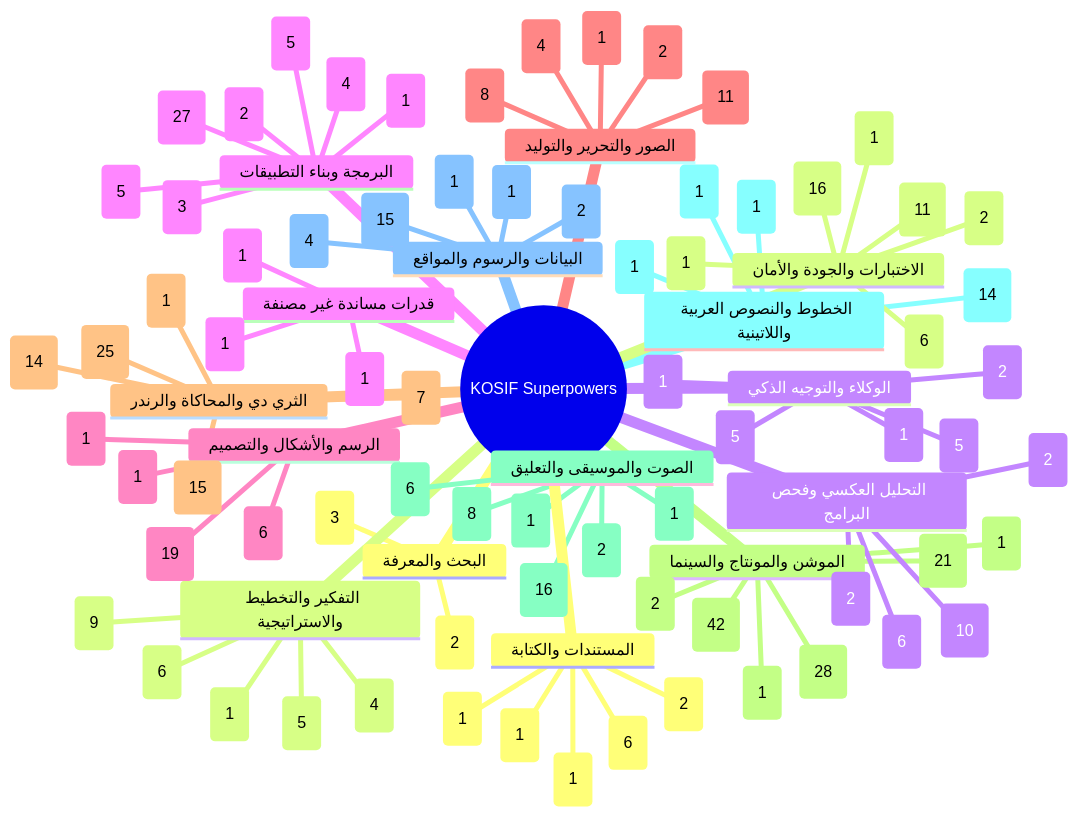
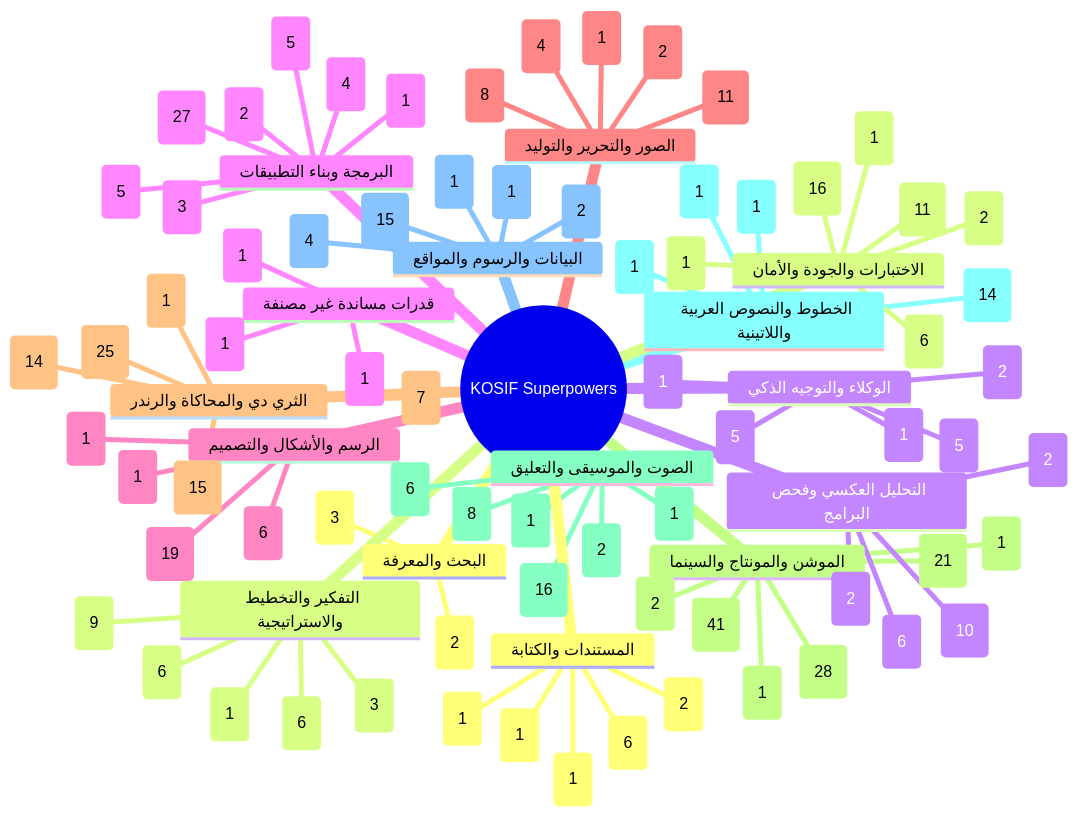
The first of 13 diagrams in .claude/skills/kosif-superpowers/references/capability-mindmap.md (kosif199022-jpg/kosif-tool), drawn with Mermaid before and after one commit. The commit also changed other lines of this file and 25 other files, not shown here.

```diff
--- a/.claude/skills/kosif-superpowers/references/capability-mindmap.md
+++ b/.claude/skills/kosif-superpowers/references/capability-mindmap.md
@@ -33,11 +33,11 @@
       افهم المادة (3)
       اصنع (2)
     التفكير والتخطيط والاستراتيجية
-      افهم المادة (4)
+      افهم المادة (3)
       خطّط وقرّر (9)
       اصنع (6)
       جمّع وارندر (1)
-      تحقّق (5)
+      تحقّق (6)
     الوكلاء والتوجيه الذكي
       افهم المادة (5)
       خطّط وقرّر (1)
@@ -72,7 +72,7 @@
     الموشن والمونتاج والسينما
       افهم المادة (1)
       خطّط وقرّر (21)
-      اصنع (42)
+      اصنع (41)
       حسّن واصقل (28)
       جمّع وارندر (1)
       سلّم وانشر (2)
```
